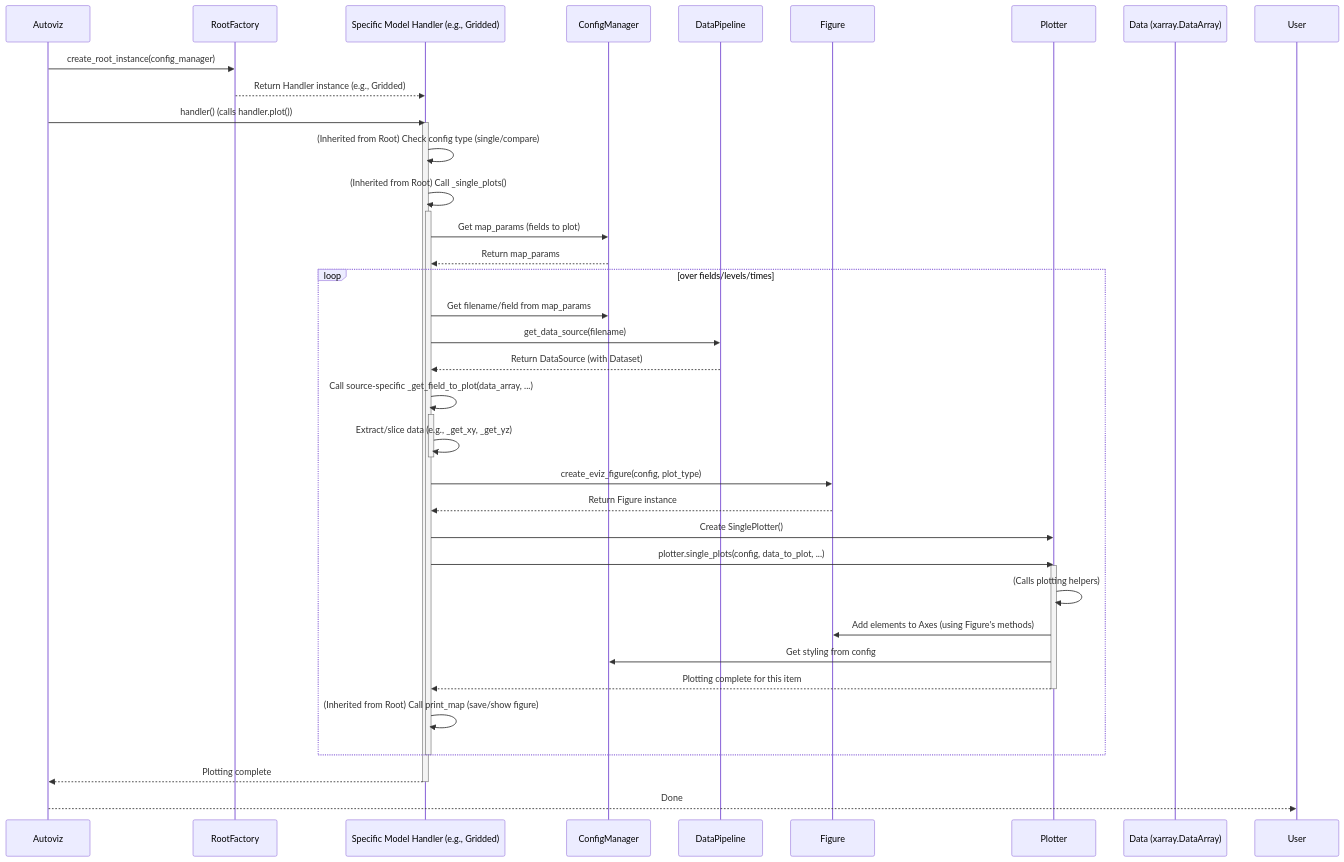
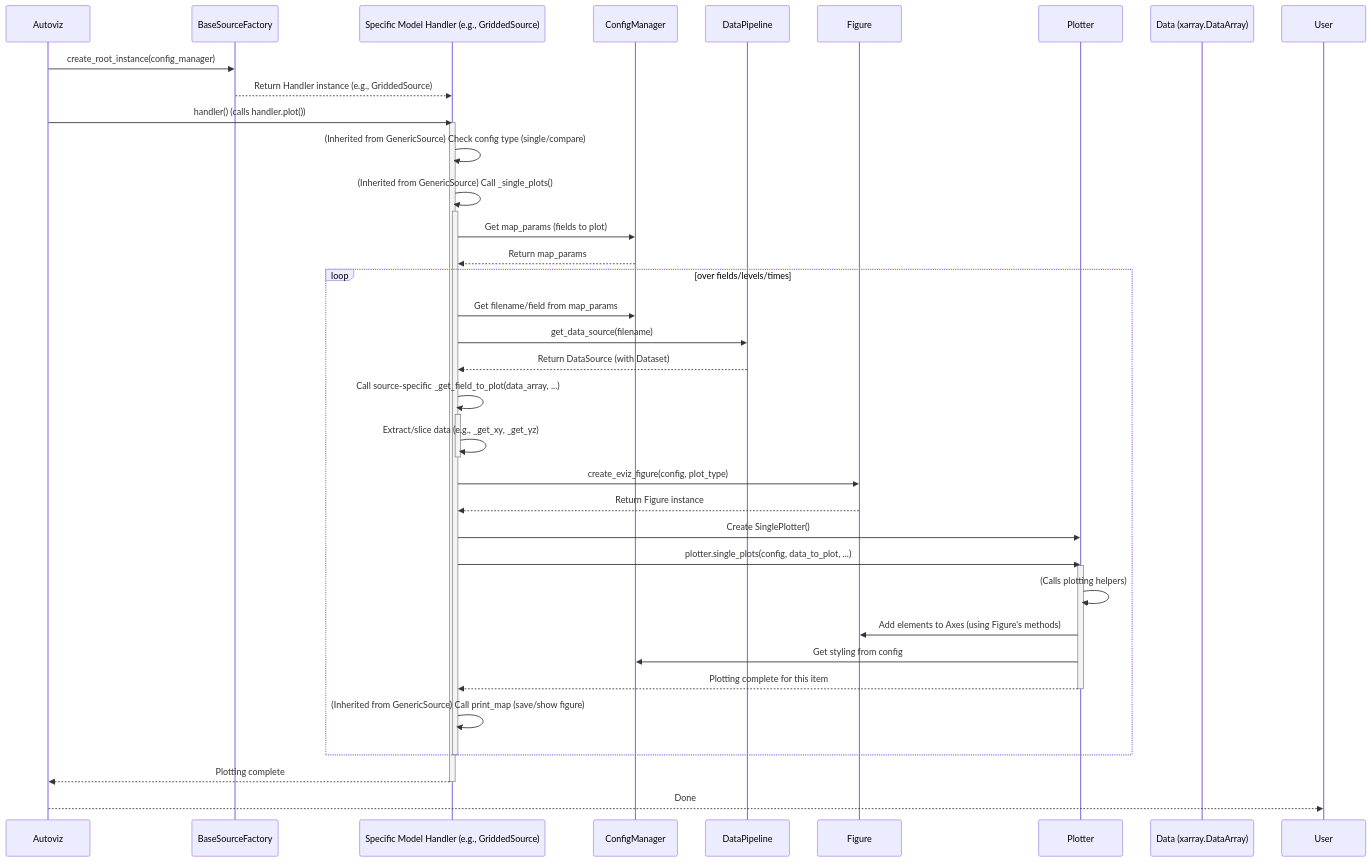
One commit to cacruz/eviz-dev changed the diagram in docs/tutorial/08_model_handler__abstractroot__.md. Above: the diagram before and after it, drawn with Mermaid. The commit also changed other lines of this file and 28 other files, not shown here.

````diff
--- a/docs/tutorial/08_model_handler__abstractroot__.md
+++ b/docs/tutorial/08_model_handler__abstractroot__.md
@@ -101,45 +101,45 @@
 ```{mermaid}
 sequenceDiagram
     participant A as Autoviz
-    participant Factory as RootFactory
-    participant Handler as Specific Model Handler (e.g., Gridded)
+    participant Factory as BaseSourceFactory
+    participant Handler as Specific Model Handler (e.g., GriddedSource)
     participant CM as ConfigManager
     participant DP as DataPipeline
     participant Fig as Figure
     participant Plotter as Plotter
     participant Data as Data (xarray.DataArray)
 
     A->>Factory: create_root_instance(config_manager)
-    Factory-->>Handler: Return Handler instance (e.g., Gridded)
+    Factory-->>Handler: Return Handler instance (e.g., GriddedSource)
     A->>Handler: handler() (calls handler.plot())
     activate Handler
-    Handler->>Handler: (Inherited from Root) Check config type (single/compare)
-    Handler->>Handler: (Inherited from Root) Call _single_plots()
+    Handler->>Handler: (Inherited from GenericSource) Check config type (single/compare)
+    Handler->>Handler: (Inherited from GenericSource) Call _single_plots()
     activate Handler
     Handler->>CM: Get map_params (fields to plot)
     CM-->>Handler: Return map_params
     loop over fields/levels/times
         Handler->>CM: Get filename/field from map_params
         Handler->>DP: get_data_source(filename)
         DP-->>Handler: Return DataSource (with Dataset)
         Handler->>Handler: Call source-specific _get_field_to_plot(data_array, ...)
         activate Handler
         Handler->>Handler: Extract/slice data (e.g., _get_xy, _get_yz)
         deactivate Handler
         Handler->>Fig: create_eviz_figure(config, plot_type)
         Fig-->>Handler: Return Figure instance
         Handler->>Plotter: Create SinglePlotter()
         Handler->>Plotter: plotter.single_plots(config, data_to_plot, ...)
         activate Plotter
         Plotter->>Plotter: (Calls plotting helpers)
         Plotter->>Fig: Add elements to Axes (using Figure's methods)
         Plotter->>CM: Get styling from config
         Plotter-->>Handler: Plotting complete for this item
         deactivate Plotter
-        Handler->>Handler: (Inherited from Root) Call print_map (save/show figure)
+        Handler->>Handler: (Inherited from GenericSource) Call print_map (save/show figure)
     end
     deactivate Handler
     Handler-->>A: Plotting complete
     deactivate Handler
     A-->>User: Done
 ```
````
